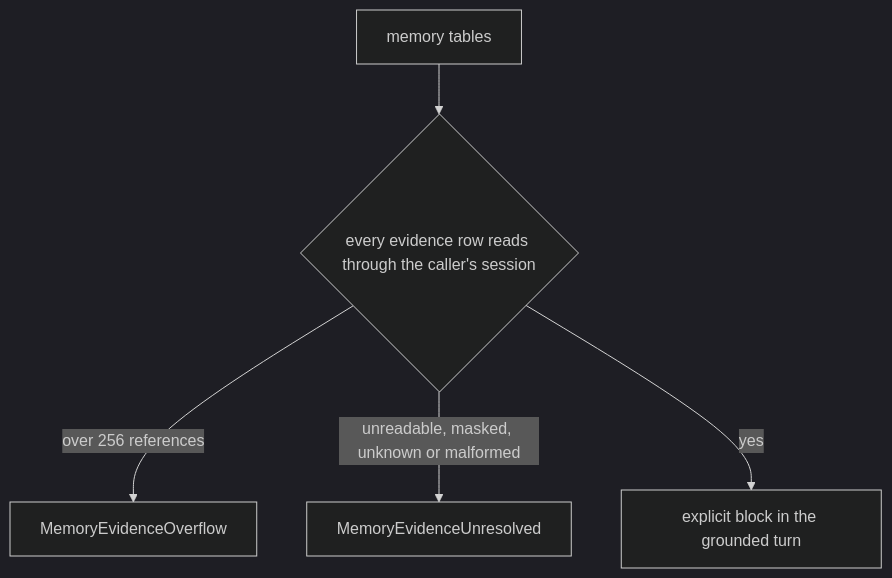
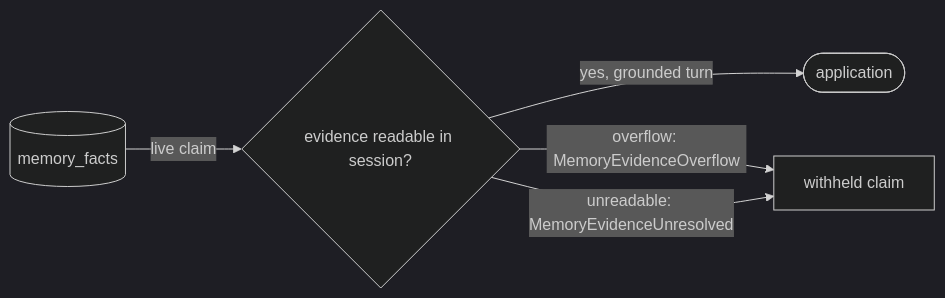
The third of 4 diagrams in spec/21-memory.md (fractalboxdev/contextful), drawn with Mermaid (dark theme) before and after one commit. The commit also changed other lines of this file and 44 other files, not shown here.

First line of the commit message:
spec: diagrams draw entities and flows, and the checker enforces it (#12)

````diff
--- a/spec/21-memory.md
+++ b/spec/21-memory.md
@@ -133,7 +112,7 @@
 ```mermaid
-flowchart TD
-  M["memory tables"] --> EV{"every evidence row reads through the caller's session"}
-  EV -- "over 256 references" --> E1["MemoryEvidenceOverflow"]
-  EV -- "unreadable, masked, unknown or malformed" --> E2["MemoryEvidenceUnresolved"]
-  EV -- "yes" --> INJ["explicit block in the grounded turn"]
+flowchart LR
+  FACTS[("memory_facts")] -->|"live claim"| EV{"evidence readable in session?"}
+  EV -->|"yes, grounded turn"| APP(["application"])
+  EV -->|"overflow: MemoryEvidenceOverflow"| HELD["withheld claim"]
+  EV -->|"unreadable: MemoryEvidenceUnresolved"| HELD
 ```
````
